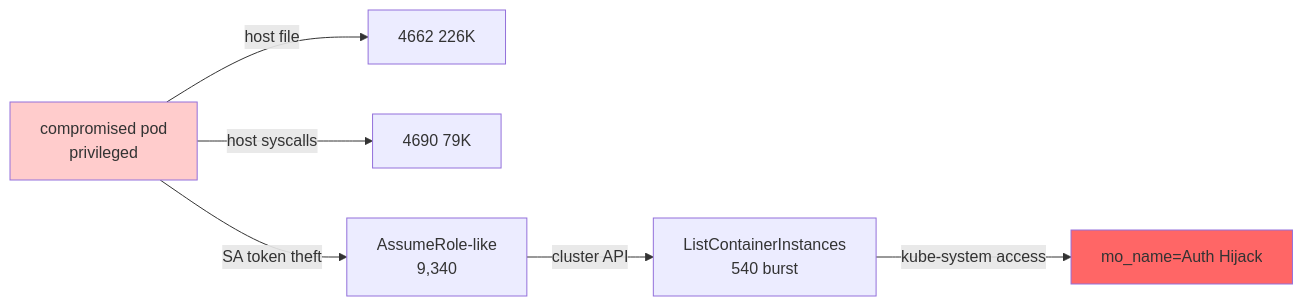
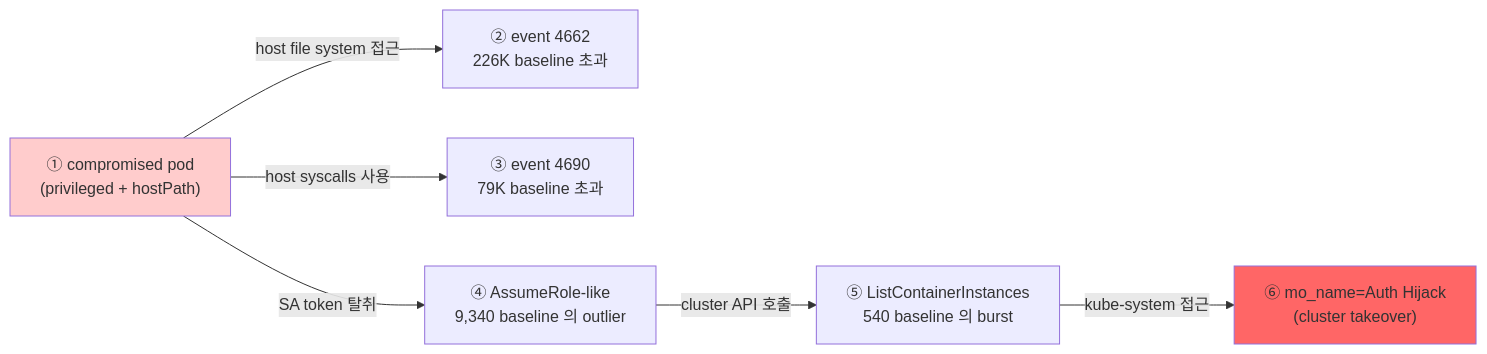
Before and after one commit to mrgrit/ccc: the diagram in contents/education/course6-cloud-container/week12/lecture.md, drawn with Mermaid. The commit also changed other lines of this file and 12 other files, not shown here.

````diff
--- a/contents/education/course6-cloud-container/week12/lecture.md
+++ b/contents/education/course6-cloud-container/week12/lecture.md
@@ -510,11 +516,11 @@
 ```mermaid
 graph LR
-    POD[compromised pod<br/>privileged] -->|host file| OBJ[4662 226K]
-    POD -->|host syscalls| CAP[4690 79K]
-    POD -->|SA token theft| AR[AssumeRole-like<br/>9,340]
-    AR -->|cluster API| LIST[ListContainerInstances<br/>540 burst]
-    LIST -->|kube-system access| HIJ["mo_name=Auth Hijack"]
+    POD["① compromised pod<br/>(privileged + hostPath)"] -->|host file system 접근| OBJ["② event 4662<br/>226K baseline 초과"]
+    POD -->|host syscalls 사용| CAP["③ event 4690<br/>79K baseline 초과"]
+    POD -->|SA token 탈취| AR["④ AssumeRole-like<br/>9,340 baseline 의 outlier"]
+    AR -->|cluster API 호출| LIST["⑤ ListContainerInstances<br/>540 baseline 의 burst"]
+    LIST -->|kube-system 접근| HIJ["⑥ mo_name=Auth Hijack<br/>(cluster takeover)"]
 
     style POD fill:#ffcccc
     style HIJ fill:#ff6666
 ```
````
